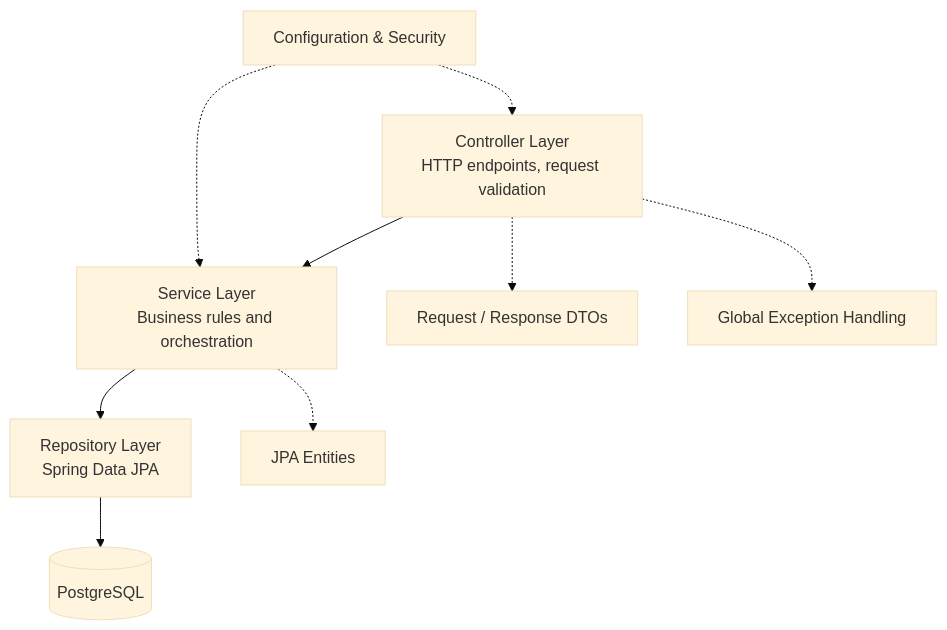
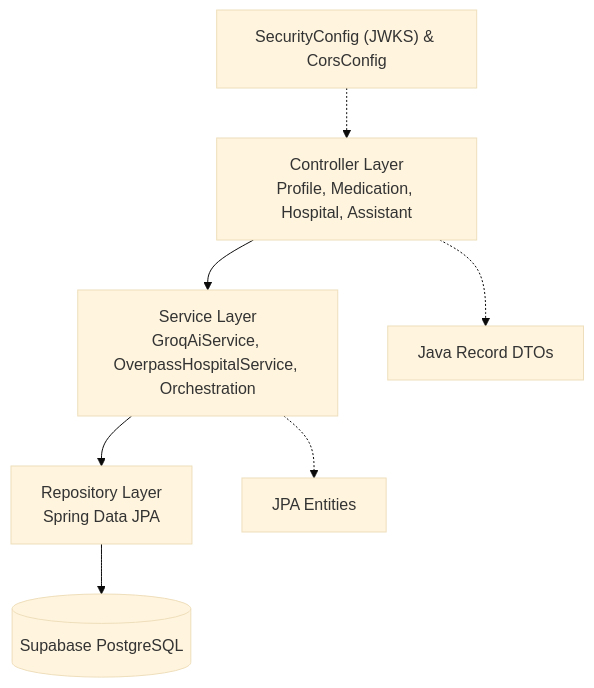
Before and after one commit to rishavscripts/MediConnect: the eighth of 11 diagrams in README.md, drawn with Mermaid (base theme). The commit also changed other lines of this file, not shown here.

````diff
--- a/README.md
+++ b/README.md
@@ -391,11 +318,9 @@
-``` mermaid
+```mermaid
 flowchart TB
-    C["Controller Layer<br/>HTTP endpoints, request validation"] --> S["Service Layer<br/>Business rules and orchestration"]
+    C["Controller Layer<br/>Profile, Medication, Hospital, Assistant"] --> S["Service Layer<br/>GroqAiService, OverpassHospitalService, Orchestration"]
     S --> R["Repository Layer<br/>Spring Data JPA"]
-    R --> E[("PostgreSQL")]
-    C -.-> DTO["Request / Response DTOs"]
+    R --> E[("Supabase PostgreSQL")]
+    C -.-> DTO["Java Record DTOs"]
     S -.-> ENT["JPA Entities"]
-    C -.-> EX["Global Exception Handling"]
-    CFG["Configuration & Security"] -.-> C
-    CFG -.-> S
+    CFG["SecurityConfig (JWKS) & CorsConfig"] -.-> C
 ```
````
